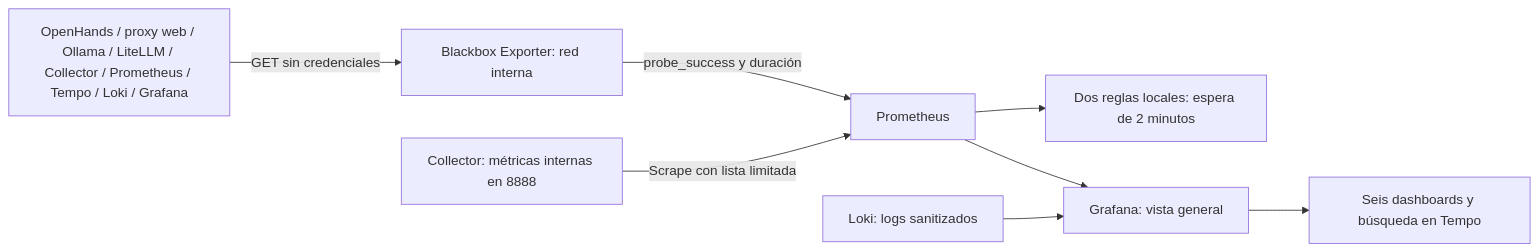
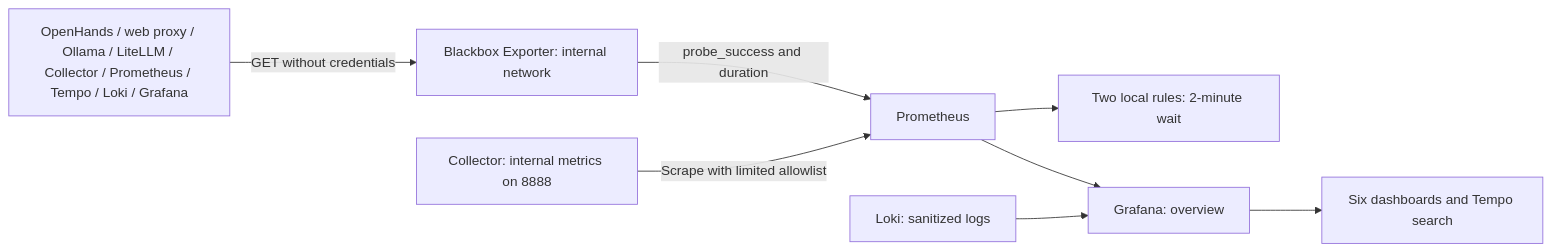
The sixth of 8 diagrams in docs/architecture/observability_diagrams.md (alejandro-onatra/local-agent-platform), drawn with Mermaid before and after one commit. The commit also changed other lines of this file and 32 other files, not shown here.

````diff
--- a/docs/architecture/observability_diagrams.md
+++ b/docs/architecture/observability_diagrams.md
@@ -132,10 +132,10 @@
 ```mermaid
 flowchart LR
-    Targets[OpenHands / proxy web / Ollama / LiteLLM / Collector / Prometheus / Tempo / Loki / Grafana] -->|GET sin credenciales| Blackbox[Blackbox Exporter: red interna]
-    Blackbox -->|probe_success y duración| Prom[Prometheus]
-    Internal[Collector: métricas internas en 8888] -->|Scrape con lista limitada| Prom
-    Prom --> Rules[Dos reglas locales: espera de 2 minutos]
-    Prom --> Overview[Grafana: vista general]
-    Loki[Loki: logs sanitizados] --> Overview
-    Overview --> Detail[Seis dashboards y búsqueda en Tempo]
+    Targets[OpenHands / web proxy / Ollama / LiteLLM / Collector / Prometheus / Tempo / Loki / Grafana] -->|GET without credentials| Blackbox[Blackbox Exporter: internal network]
+    Blackbox -->|probe_success and duration| Prom[Prometheus]
+    Internal[Collector: internal metrics on 8888] -->|Scrape with limited allowlist| Prom
+    Prom --> Rules[Two local rules: 2-minute wait]
+    Prom --> Overview[Grafana: overview]
+    Loki[Loki: sanitized logs] --> Overview
+    Overview --> Detail[Six dashboards and Tempo search]
 ```
````
